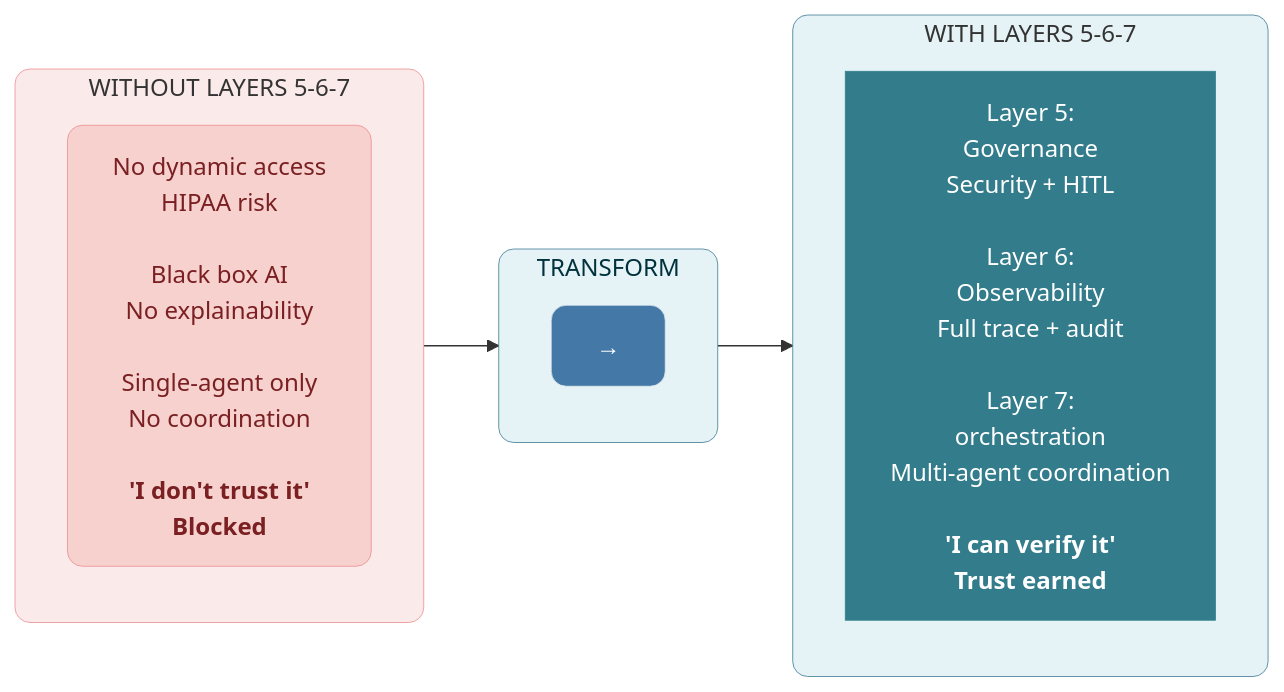
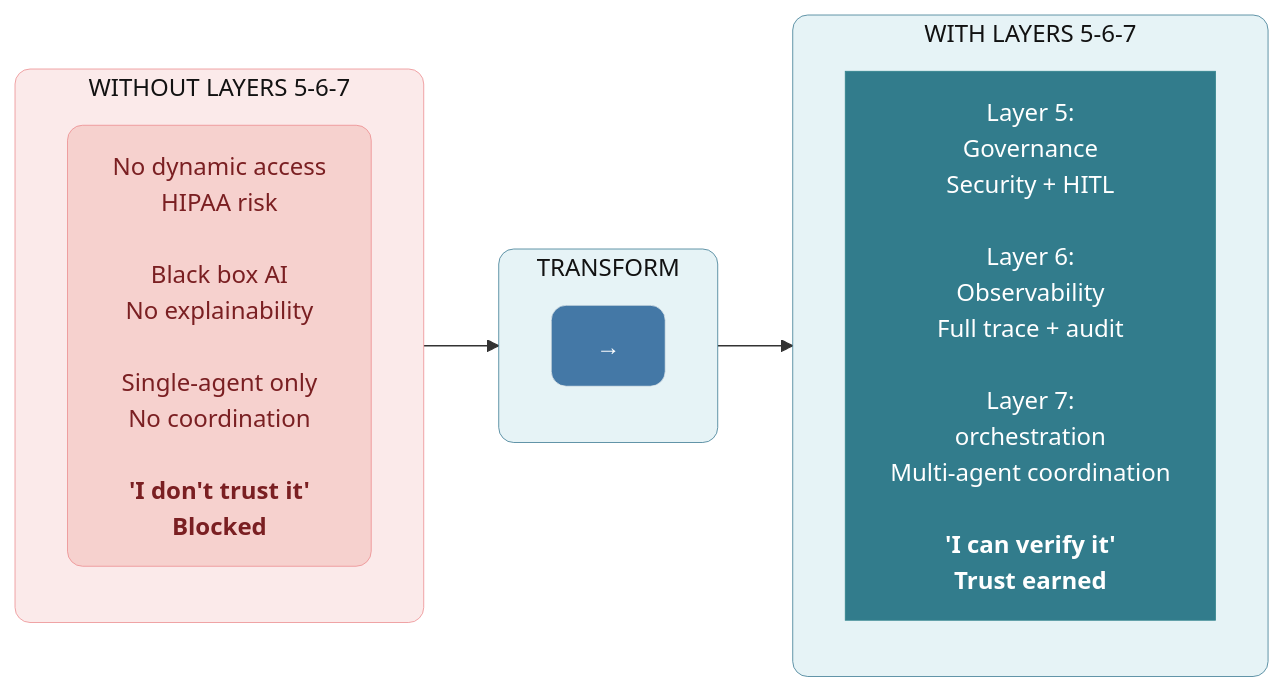
The first of 14 diagrams in manuscript/07_chapter_6_transparency_orchestration_layers.md (saitejesh-cyber/trust-before-intelligence-book), drawn with Mermaid before and after one commit. The commit also changed other lines of this file and 12 other files, not shown here.

````diff
--- a/manuscript/07_chapter_6_transparency_orchestration_layers.md
+++ b/manuscript/07_chapter_6_transparency_orchestration_layers.md
@@ -8,28 +8,28 @@
 ```mermaid
 
 graph LR
     subgraph WITHOUT["WITHOUT LAYERS 5-6-7"]
         direction TB
         W1["No dynamic access<br/>HIPAA risk<br/><br/>Black box AI<br/>No explainability<br/><br/>Single-agent only<br/>No coordination<br/><br/><b>'I don't trust it'<br/>Blocked</b>"]
     end
     
     subgraph TRANSFORM["TRANSFORM"]
         direction TB
         T1["→"]
     end
     
     subgraph WITH["WITH LAYERS 5-6-7"]
         direction TB
         L1["Layer 5:<br/>Governance<br/> Security + HITL<br/><br/>Layer 6:<br/>Observability<br/>Full trace + audit<br/><br/>Layer 7:<br/>orchestration<br/>Multi-agent coordination<br/><br/><b>'I can verify it'<br/>Trust earned</b>"]
     end
     
     WITHOUT --> TRANSFORM --> WITH
     
-    style WITHOUT fill:#FBEAEA,stroke:#EB898B,stroke-width:0.5px,rx:10,ry:10
-    style TRANSFORM fill:#E6F3F6,stroke:#32738C,stroke-width:0.5px,color:#00323D,rx:10,ry:10
-    style WITH fill:#E6F3F6,stroke:#32738C,stroke-width:0.5px,rx:10,ry:10,rx:10,ry:10
+    style WITHOUT fill:#FBEAEA,stroke:#EB898B,stroke-width:0.5px,color:#121212,rx:10,ry:10
+    style TRANSFORM fill:#E6F3F6,stroke:#32738C,stroke-width:0.5px,color:#121212,rx:10,ry:10
+    style WITH fill:#E6F3F6,stroke:#32738C,stroke-width:0.5px,color:#121212,rx:10,ry:10
     style W1 fill:#F6D1CE,stroke:#EB898B,stroke-width:0.5px,color:#7A1F22,rx:10,ry:10
     style T1 fill:#4478A6,stroke:#e4ebed,stroke-width:0.5px,color:#FFFFFF,rx:10,ry:10
     style L1 fill:#327C8C,stroke:#30838C,stroke-width:0.5px,color:#ffffff
 
 ```
````
